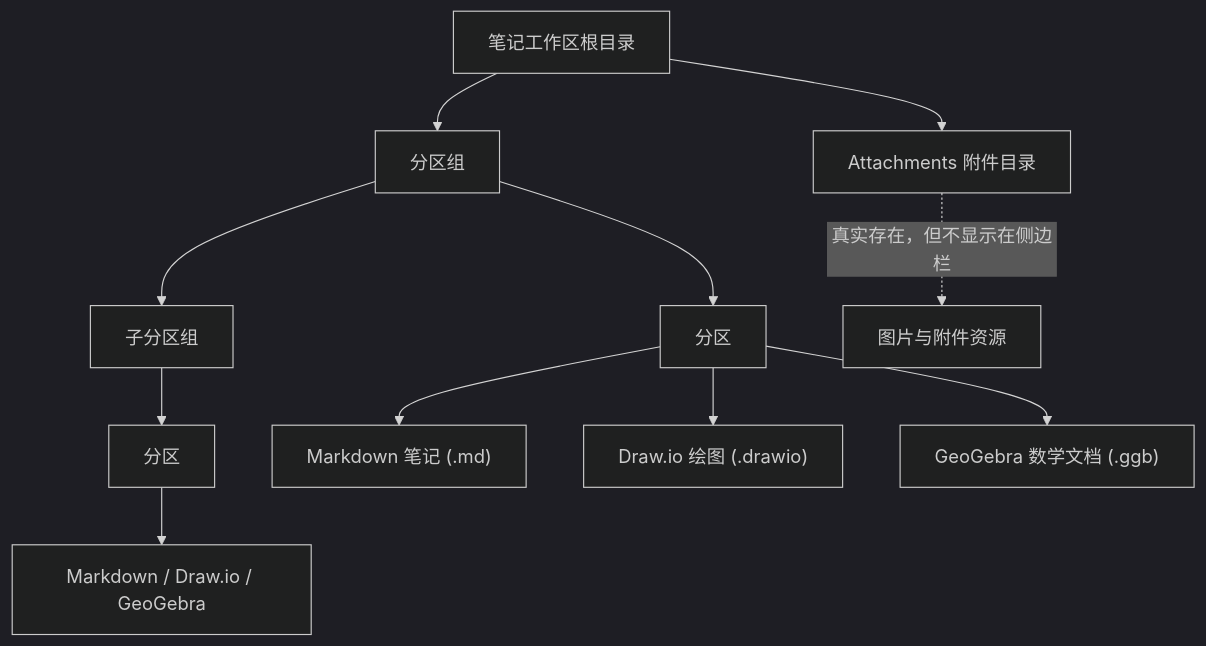
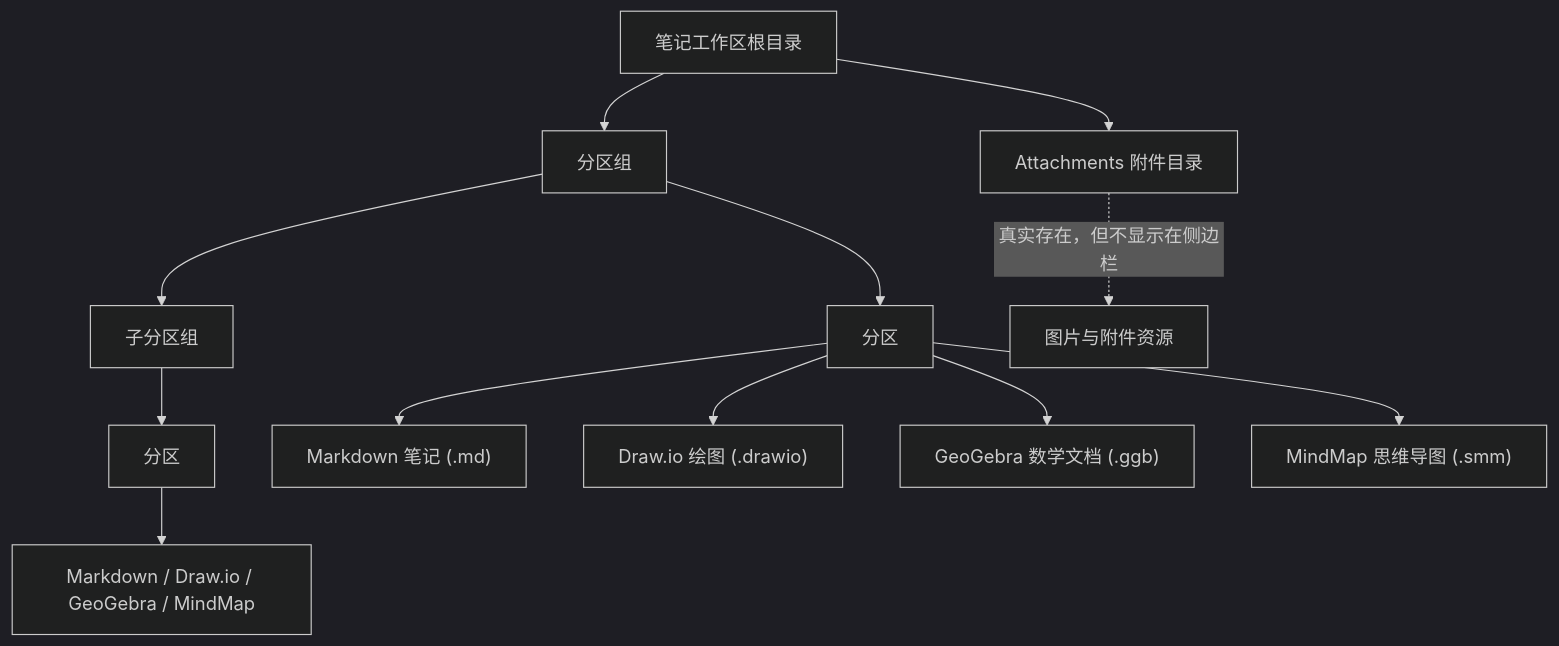
The first of 2 diagrams in README.md (scott20201225/marknote-pro), drawn with Mermaid (dark theme) before and after one commit. The commit also changed other lines of this file and 2 other files, not shown here.

Commit message:
docs: 补充 MindMap 思维导图功能特性说明与第三方开源协议声明

````diff
--- a/README.md
+++ b/README.md
@@ -129,14 +131,15 @@
 ```mermaid
 flowchart TD
   Root["笔记工作区根目录"] --> Group["分区组"]
   Group --> SubGroup["子分区组"]
   Group --> Area["分区"]
   SubGroup --> Area2["分区"]
   Area --> Note["Markdown 笔记 (.md)"]
   Area --> Drawio["Draw.io 绘图 (.drawio)"]
   Area --> GGB["GeoGebra 数学文档 (.ggb)"]
-  Area2 --> Note2["Markdown / Draw.io / GeoGebra"]
+  Area --> SMM["MindMap 思维导图 (.smm)"]
+  Area2 --> Note2["Markdown / Draw.io / GeoGebra / MindMap"]
   Root --> Attach["Attachments 附件目录"]
 
   Attach -. "真实存在，但不显示在侧边栏" .-> Hidden["图片与附件资源"]
 ```
````
